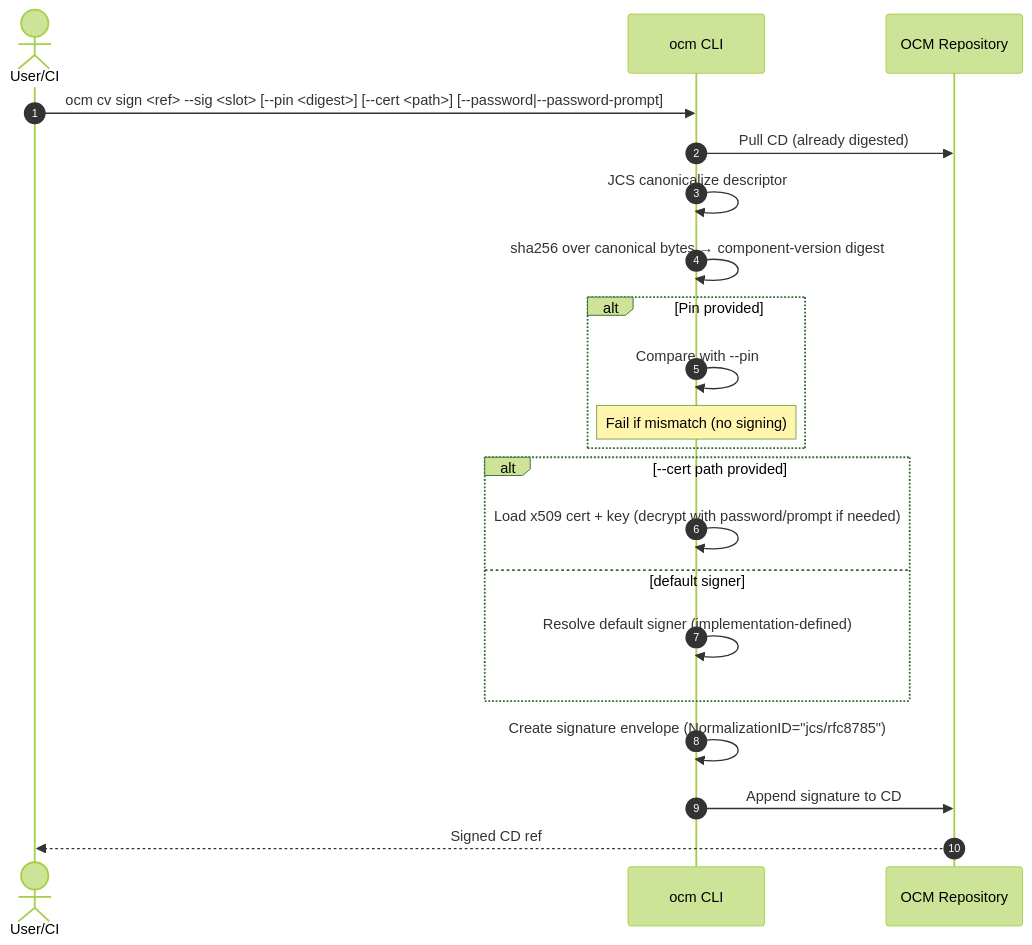
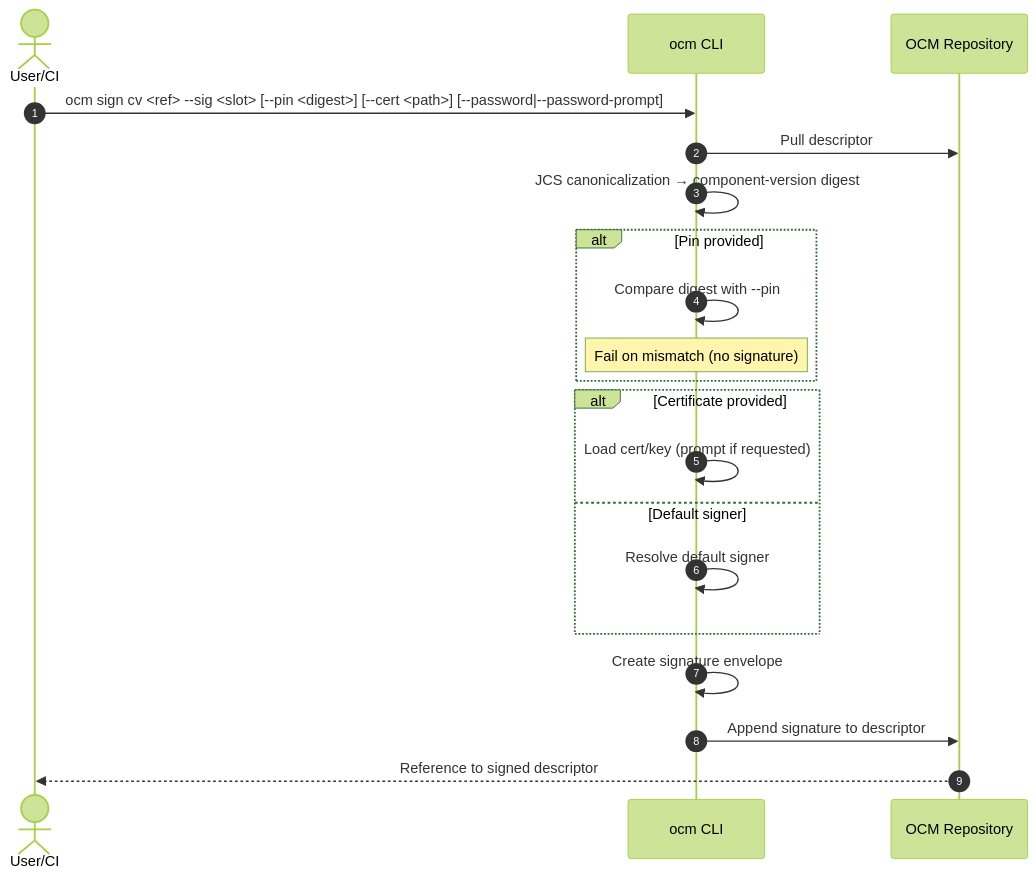
Before and after one commit to open-component-model/open-component-model: the second of 2 diagrams in docs/adr/0008_signing_verification.md, drawn with Mermaid (forest theme). The commit also changed other lines of this file, not shown here.

````diff
--- a/docs/adr/0008_signing_verification.md
+++ b/docs/adr/0008_signing_verification.md
@@ -197,24 +153,23 @@
 ```mermaid
 sequenceDiagram
   autonumber
   actor U as User/CI
   participant C as ocm CLI
   participant R as OCM Repository
 
-  U->>C: ocm cv sign <ref> --sig <slot> [--pin <digest>] [--cert <path>] [--password|--password-prompt]
-  C->>R: Pull CD (already digested)
-  C->>C: JCS canonicalize descriptor
-  C->>C: sha256 over canonical bytes → component-version digest
+  U->>C: ocm sign cv <ref> --sig <slot> [--pin <digest>] [--cert <path>] [--password|--password-prompt]
+  C->>R: Pull descriptor
+  C->>C: JCS canonicalization → component-version digest
   alt Pin provided
-    C->>C: Compare with --pin
-    note over C: Fail if mismatch (no signing)
+    C->>C: Compare digest with --pin
+    note over C: Fail on mismatch (no signature)
   end
-  alt --cert path provided
-    C->>C: Load x509 cert + key (decrypt with password/prompt if needed)
-  else default signer
-    C->>C: Resolve default signer (implementation-defined)
+  alt Certificate provided
+    C->>C: Load cert/key (prompt if requested)
+  else Default signer
+    C->>C: Resolve default signer
   end
-  C->>C: Create signature envelope (NormalizationID="jcs/rfc8785")
-  C->>R: Append signature to CD
-  R-->>U: Signed CD ref
+  C->>C: Create signature envelope
+  C->>R: Append signature to descriptor
+  R-->>U: Reference to signed descriptor
 ```
````
